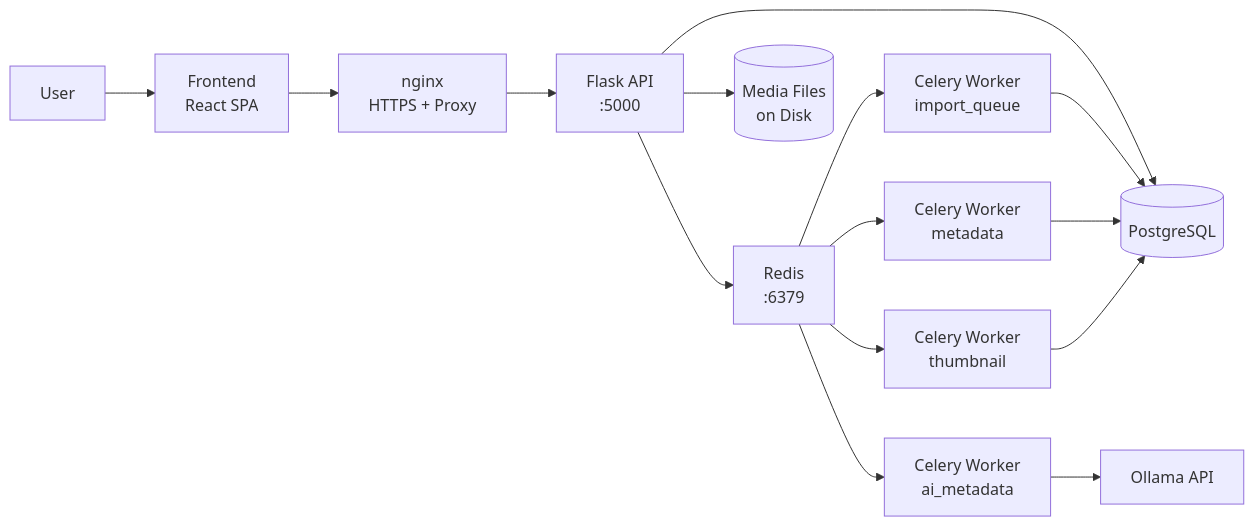
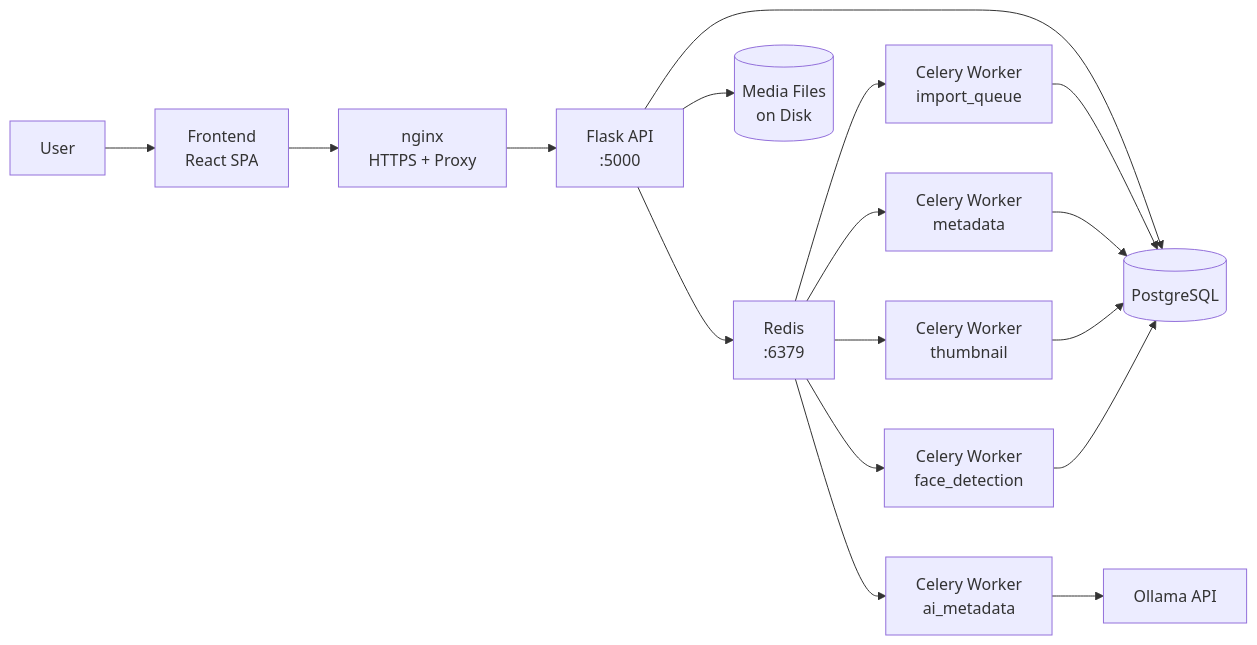
The diagram in README.md (pritamprasd/media-server), drawn with Mermaid before and after one commit. The commit also changed other lines of this file and 11 other files, not shown here.

Commit message:
enhacements for existing flows

````diff
--- a/README.md
+++ b/README.md
@@ -17,17 +125,19 @@
 ```mermaid
 flowchart LR
     U[User] --> F[Frontend<br/>React SPA]
     F --> N[nginx<br/>HTTPS + Proxy]
     N --> B[Flask API<br/>:5000]
     B --> R[Redis<br/>:6379]
     B --> P[(PostgreSQL)]
     R --> W1[Celery Worker<br/>import_queue]
     R --> W2[Celery Worker<br/>metadata]
     R --> W3[Celery Worker<br/>ai_metadata]
     R --> W4[Celery Worker<br/>thumbnail]
+    R --> W5[Celery Worker<br/>face_detection]
     W1 --> P
     W2 --> P
     W3 --> O[Ollama API]
     W4 --> P
+    W5 --> P
     B --> M[(Media Files<br/>on Disk)]
 ```
````
